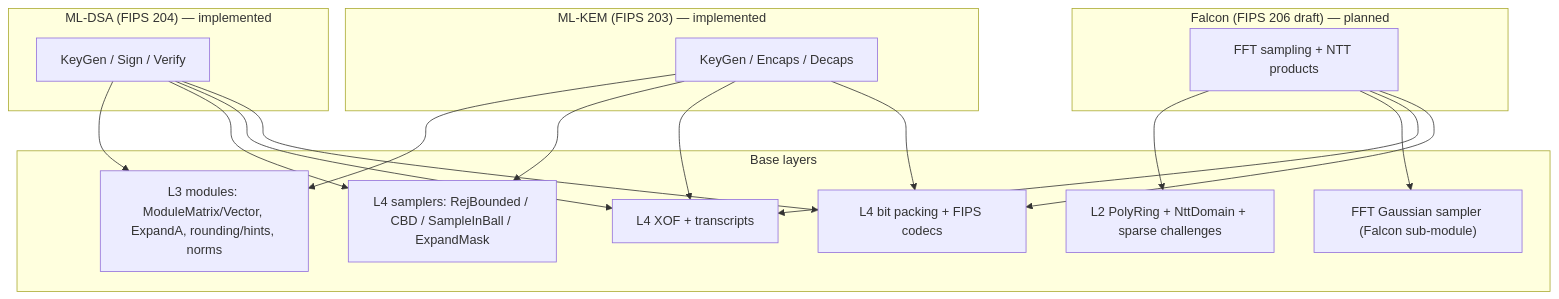
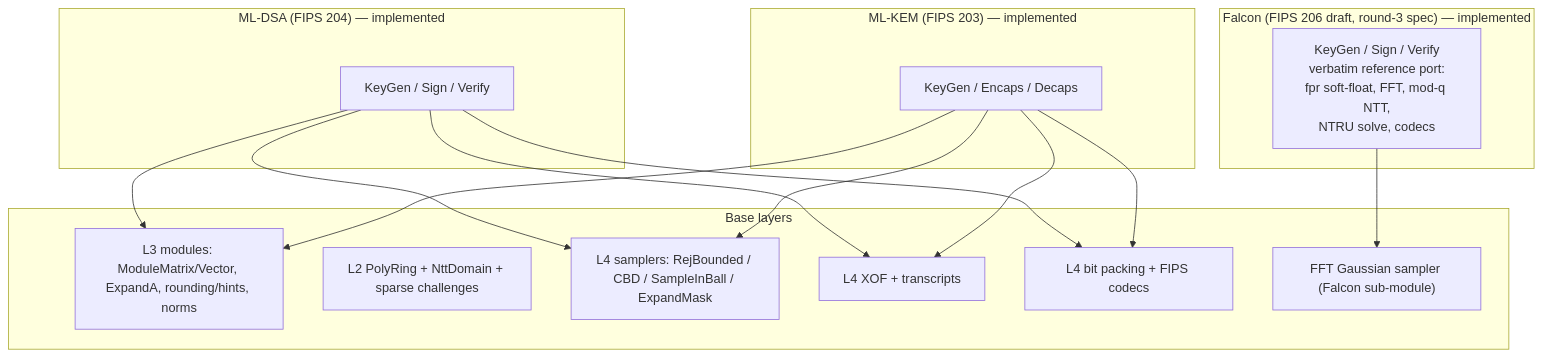
Before and after one commit to SuccinctPaul/lattice-algebra-rs: the diagram in docs/src/pages/schemes/pqc.mdx, drawn with Mermaid. The commit also changed other lines of this file and 29 other files, not shown here.

````diff
--- a/docs/src/pages/schemes/pqc.mdx
+++ b/docs/src/pages/schemes/pqc.mdx
@@ -9,23 +9,23 @@
 ```mermaid
 flowchart TB
     subgraph MLKEM["ML-KEM (FIPS 203) — implemented"]
         K1["KeyGen / Encaps / Decaps"]
     end
     subgraph MLDSA["ML-DSA (FIPS 204) — implemented"]
         D1["KeyGen / Sign / Verify"]
     end
-    subgraph FALCON["Falcon (FIPS 206 draft) — planned"]
-        F1["FFT sampling + NTT products"]
+    subgraph FALCON["Falcon (FIPS 206 draft, round-3 spec) — implemented"]
+        F1["KeyGen / Sign / Verify<br/>verbatim reference port:<br/>fpr soft-float, FFT, mod-q NTT,<br/>NTRU solve, codecs"]
     end
     subgraph BASE["Base layers"]
         L3["L3 modules: ModuleMatrix/Vector, ExpandA, rounding/hints, norms"]
         L2N["L2 PolyRing + NttDomain + sparse challenges"]
         L4S["L4 samplers: RejBounded / CBD / SampleInBall / ExpandMask"]
         L4H["L4 XOF + transcripts"]
         L4P["L4 bit packing + FIPS codecs"]
         GAUSS["FFT Gaussian sampler (Falcon sub-module)"]
     end
     D1 --> L3 & L4S & L4H & L4P
     K1 --> L3 & L4S & L4H & L4P
-    F1 --> L2N & GAUSS & L4H & L4P
+    F1 --> GAUSS
 ```
````
